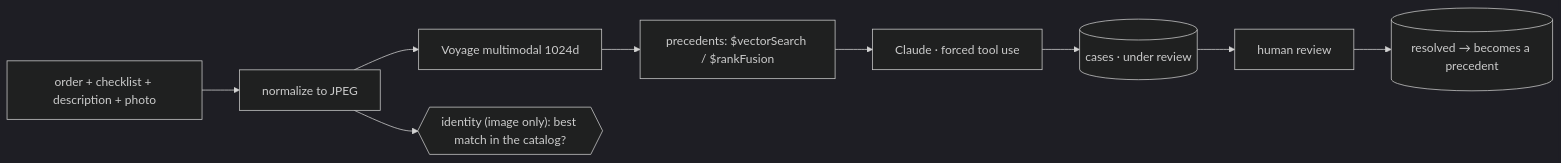
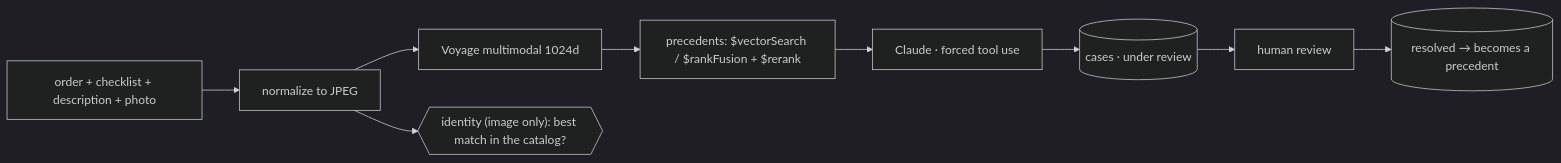
Before and after one commit to adrianofratelli-glitch/multimodal-warranty-triage: the diagram in README.md, drawn with Mermaid (dark theme). The commit also changed other lines of this file and 10 other files, not shown here.

````diff
--- a/README.md
+++ b/README.md
@@ -29,10 +29,10 @@
 ```mermaid
 flowchart LR
     A[order + checklist + description + photo] --> B[normalize to JPEG]
     B --> C[Voyage multimodal 1024d]
     B --> D{{"identity (image only): best match in the catalog?"}}
-    C --> E["precedents: $vectorSearch / $rankFusion"]
+    C --> E["precedents: $vectorSearch / $rankFusion + $rerank"]
     E --> F[Claude · forced tool use]
     F --> G[(cases · under review)]
     G --> H[human review] --> I[(resolved → becomes a precedent)]
 ```
````
